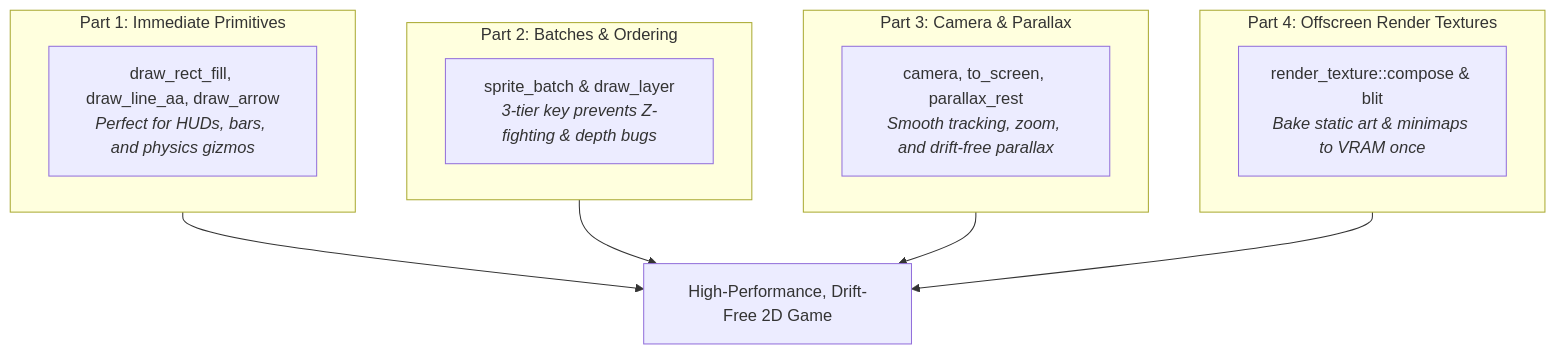
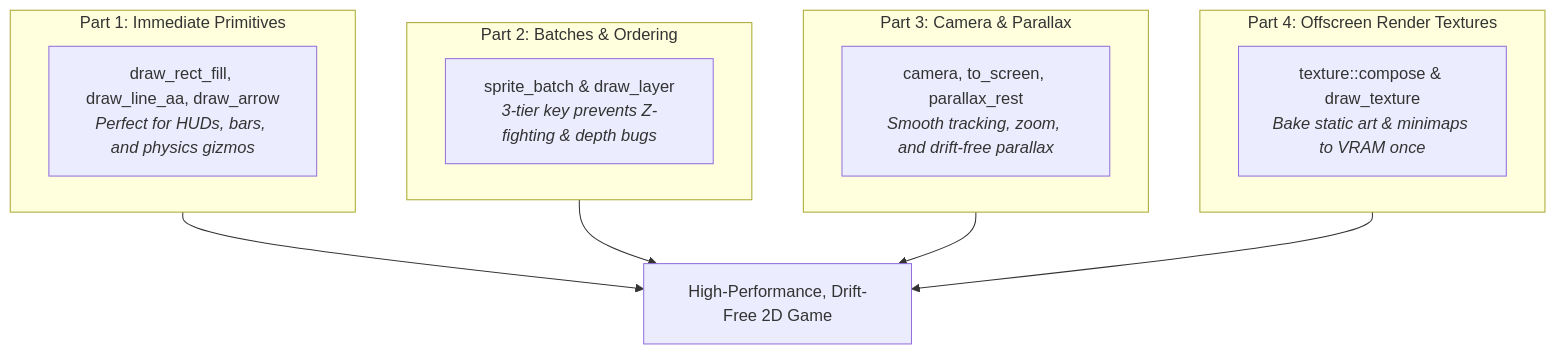
Before and after one commit to devbrain/neutrino: the second of 2 diagrams in website/docs/tutorial/drawing/04-render-textures.md, drawn with Mermaid. The commit also changed other lines of this file and 14 other files, not shown here.

````diff
--- a/website/docs/tutorial/drawing/04-render-textures.md
+++ b/website/docs/tutorial/drawing/04-render-textures.md
@@ -239,20 +239,20 @@
 ```mermaid
 flowchart TD
     subgraph Primitives ["Part 1: Immediate Primitives"]
         P["draw_rect_fill, draw_line_aa, draw_arrow<br/><i>Perfect for HUDs, bars, and physics gizmos</i>"]
     end
 
     subgraph Batches ["Part 2: Batches & Ordering"]
         B["sprite_batch & draw_layer<br/><i>3-tier key prevents Z-fighting & depth bugs</i>"]
     end
 
     subgraph Cameras ["Part 3: Camera & Parallax"]
         C["camera, to_screen, parallax_rest<br/><i>Smooth tracking, zoom, and drift-free parallax</i>"]
     end
 
     subgraph Textures ["Part 4: Offscreen Render Textures"]
-        T["render_texture::compose & blit<br/><i>Bake static art & minimaps to VRAM once</i>"]
+        T["texture::compose & draw_texture<br/><i>Bake static art & minimaps to VRAM once</i>"]
     end
 
     Primitives & Batches & Cameras & Textures --> Master["High-Performance, Drift-Free 2D Game"]
 ```
````
